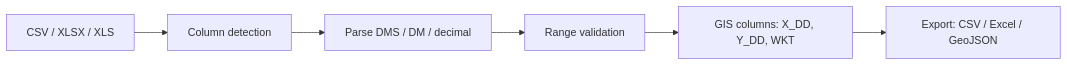
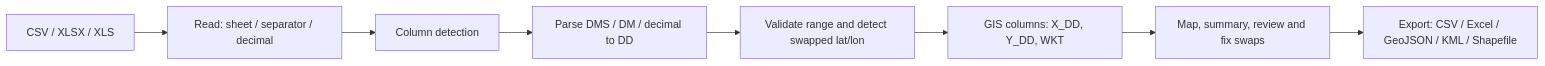
One commit to PedroMMGoncalves/geocoord changed the first of 2 diagrams in README.md. Above: the diagram before and after it, drawn with Mermaid. The commit also changed other lines of this file, not shown here.

Commit message:
docs: update workflow diagram, add swap-detection flowchart, list pyshp

````diff
--- a/README.md
+++ b/README.md
@@ -24,8 +24,10 @@
 ```mermaid
 flowchart LR
-    A[CSV / XLSX / XLS] --> B[Column detection]
-    B --> C[Parse DMS / DM / decimal]
-    C --> D[Range validation]
-    D --> E[GIS columns: X_DD, Y_DD, WKT]
-    E --> F[Export: CSV / Excel / GeoJSON]
+    A[CSV / XLSX / XLS] --> B[Read: sheet / separator / decimal]
+    B --> C[Column detection]
+    C --> D[Parse DMS / DM / decimal to DD]
+    D --> E[Validate range and detect swapped lat/lon]
+    E --> F[GIS columns: X_DD, Y_DD, WKT]
+    F --> G[Map, summary, review and fix swaps]
+    G --> H[Export: CSV / Excel / GeoJSON / KML / Shapefile]
 ```
````
